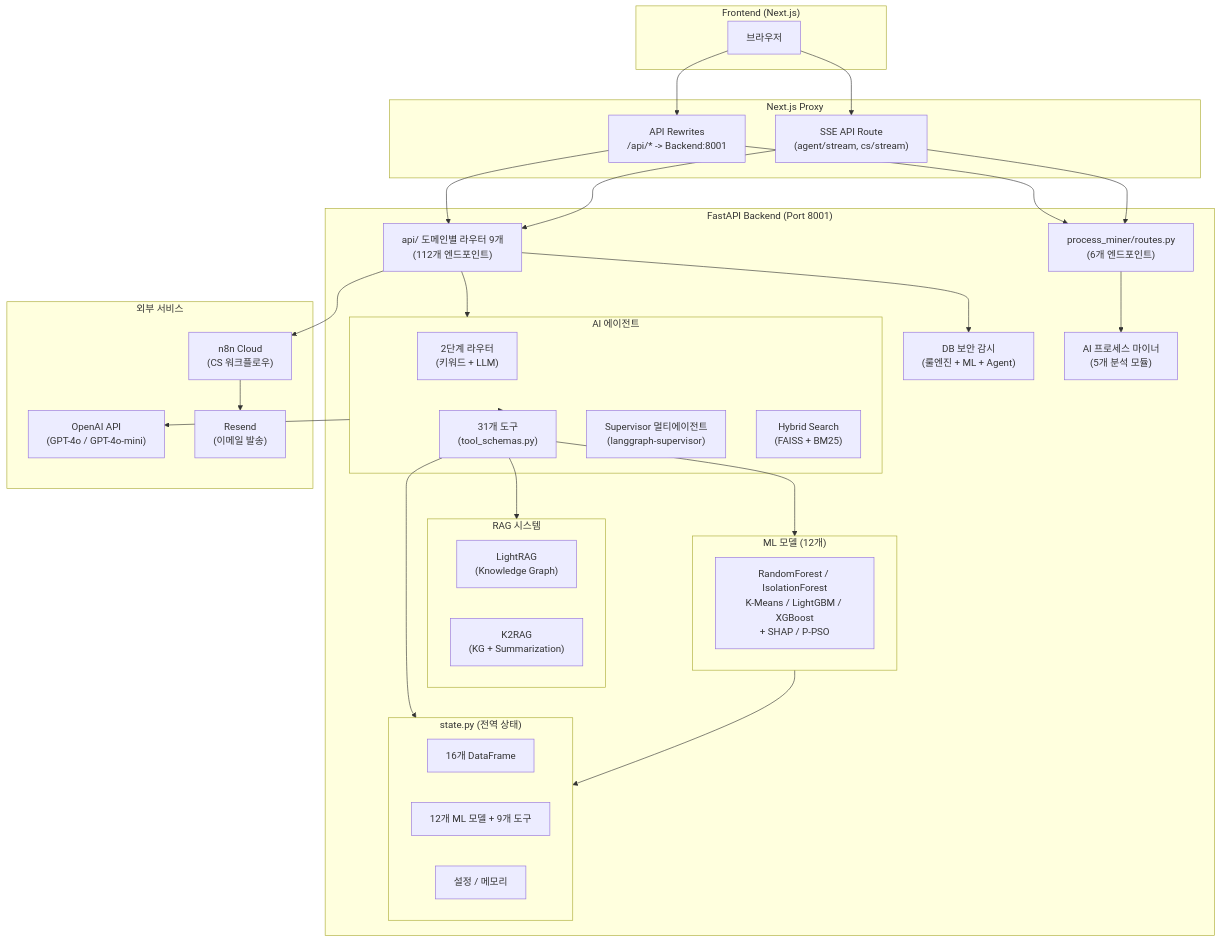
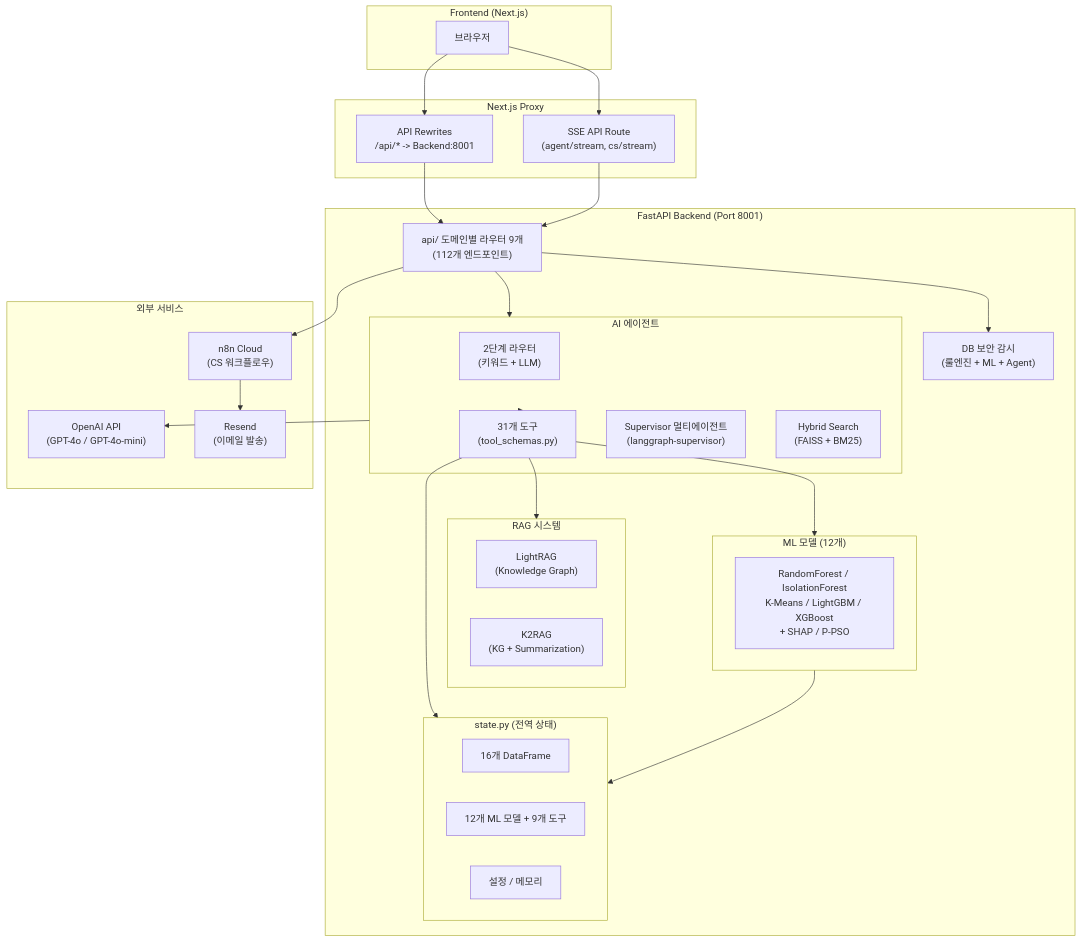
The first of 25 diagrams in backend 리팩토링 시작/README.md (ASNGG/cafe24-demo), drawn with Mermaid before and after one commit. The commit also changed other lines of this file and 24 other files, not shown here.

First line of the commit message:
refactor: 프로세스 마이너 전체 삭제 + 문서 정리

````diff
--- a/backend 리팩토링 시작/README.md
+++ b/backend 리팩토링 시작/README.md
@@ -256,57 +244,54 @@
 ```mermaid
 flowchart TB
     subgraph Client["Frontend (Next.js)"]
         FE["브라우저"]
     end
 
     subgraph Proxy["Next.js Proxy"]
         NP["API Rewrites<br/>/api/* -> Backend:8001"]
         SSE["SSE API Route<br/>(agent/stream, cs/stream)"]
     end
 
     subgraph Backend["FastAPI Backend (Port 8001)"]
         ROUTES["api/ 도메인별 라우터 9개<br/>(112개 엔드포인트)"]
-        PM_ROUTES["process_miner/routes.py<br/>(6개 엔드포인트)"]
 
         subgraph Agent["AI 에이전트"]
             ROUTER["2단계 라우터<br/>(키워드 + LLM)"]
             TOOLS["31개 도구<br/>(tool_schemas.py)"]
             SUPERVISOR["Supervisor 멀티에이전트<br/>(langgraph-supervisor)"]
             HYBRID["하이브리드 라우팅<br/>(워커 직접 / Supervisor 경유)"]
         end
 
         subgraph RAG["RAG 시스템"]
             HYBRID["Hybrid Search<br/>(FAISS + BM25)"]
             LIGHTRAG["LightRAG<br/>(Knowledge Graph)"]
             K2RAG["K2RAG<br/>(KG + Summarization)"]
         end
 
         subgraph ML["ML 모델 (12개)"]
             MODELS["RandomForest / IsolationForest<br/>K-Means / LightGBM / XGBoost<br/>+ SHAP / P-PSO"]
         end
 
         subgraph State["state.py (전역 상태)"]
             DF["16개 DataFrame"]
             MLV["12개 ML 모델 + 9개 도구"]
             CFG["설정 / 메모리"]
         end
 
         GUARDIAN["DB 보안 감시<br/>(룰엔진 + ML + Agent)"]
-        MINER["AI 프로세스 마이너<br/>(5개 분석 모듈)"]
     end
 
     subgraph External["외부 서비스"]
         OPENAI["OpenAI API<br/>(GPT-4o / GPT-4o-mini)"]
         N8N["n8n Cloud<br/>(CS 워크플로우)"]
         RESEND["Resend<br/>(이메일 발송)"]
     end
 
-    FE --> NP & SSE --> ROUTES & PM_ROUTES
+    FE --> NP & SSE --> ROUTES
     ROUTES --> Agent --> TOOLS --> ML & RAG
     ROUTES --> GUARDIAN
-    PM_ROUTES --> MINER
     Agent --> OPENAI
     ROUTES --> N8N --> RESEND
     TOOLS --> State
     ML --> State
 ```
````
